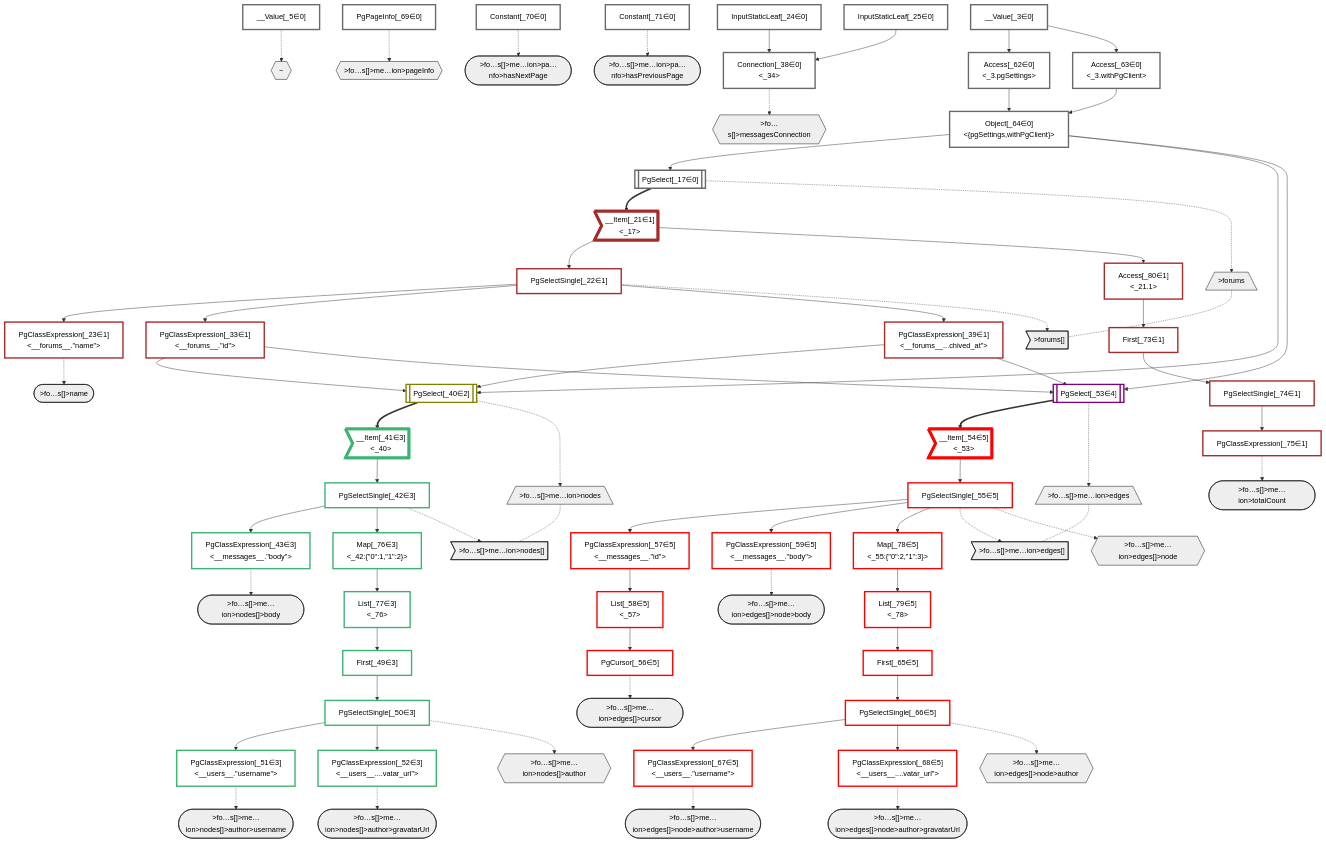
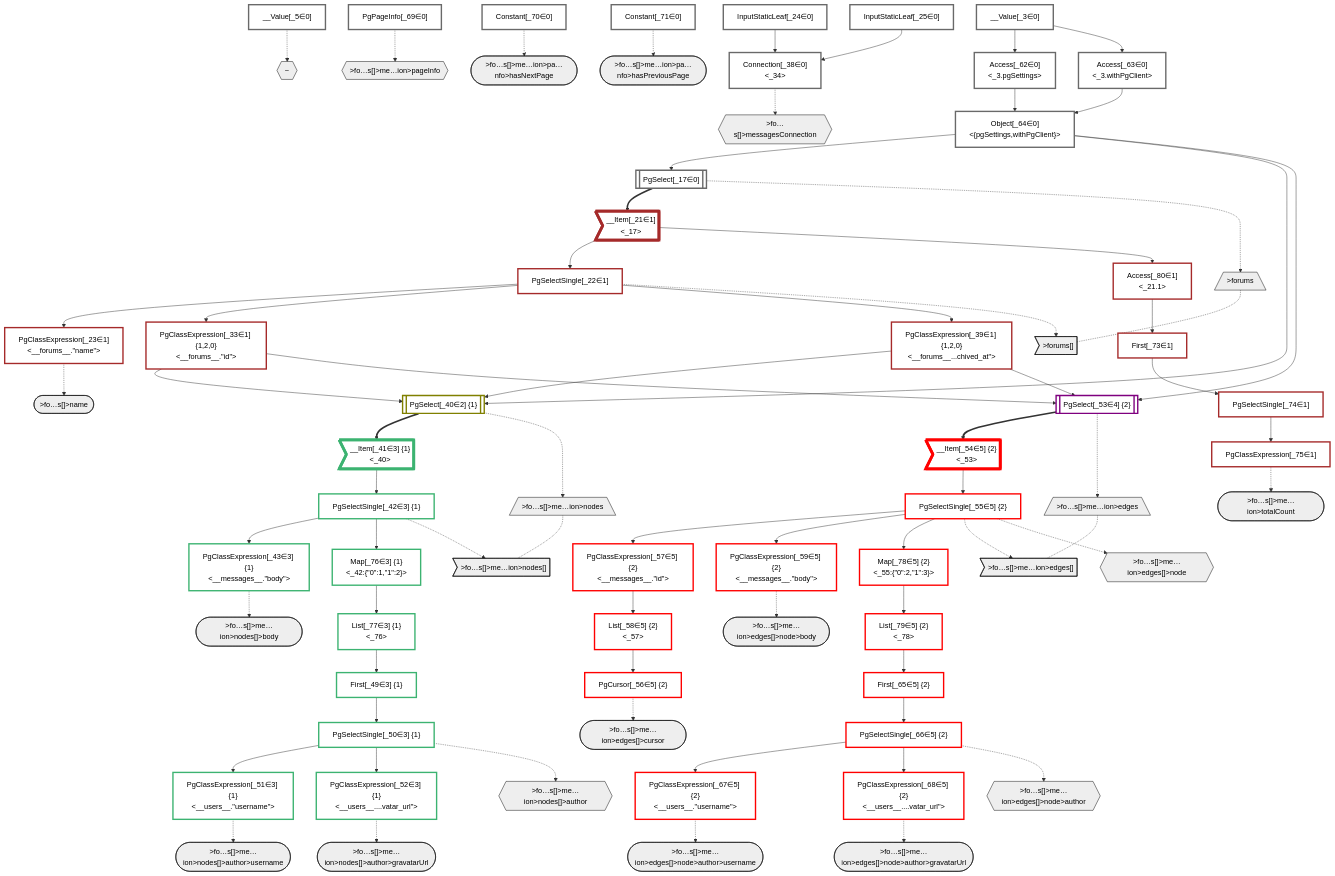
Before and after one commit to graphile/crystal: the diagram in packages/dataplan-pg/__tests__/queries/conditions/archived-forum-inherited-messages.stream-2.mermaid.md, drawn with Mermaid. The commit also changed 46 other files, not shown here.

Commit message:
Add groupIds to plan graphs

```diff
--- a/packages/dataplan-pg/__tests__/queries/conditions/archived-forum-inherited-messages.stream-2.mermaid.md
+++ b/packages/dataplan-pg/__tests__/queries/conditions/archived-forum-inherited-messages.stream-2.mermaid.md
@@ -62,41 +62,41 @@
     PgClassExpression_23["PgClassExpression[_23∈1]<br /><__forums__.#quot;name#quot;>"]:::plan
     InputStaticLeaf_24["InputStaticLeaf[_24∈0]"]:::plan
     InputStaticLeaf_25["InputStaticLeaf[_25∈0]"]:::plan
-    PgClassExpression_33["PgClassExpression[_33∈1]<br /><__forums__.#quot;id#quot;>"]:::plan
+    PgClassExpression_33["PgClassExpression[_33∈1] {1,2,0}<br /><__forums__.#quot;id#quot;>"]:::plan
     Connection_38["Connection[_38∈0]<br /><_34>"]:::plan
-    PgClassExpression_39["PgClassExpression[_39∈1]<br /><__forums__...chived_at#quot;>"]:::plan
-    PgSelect_40[["PgSelect[_40∈2]<br /><messages>"]]:::plan
-    __Item_41>"__Item[_41∈3]<br /><_40>"]:::itemplan
-    PgSelectSingle_42["PgSelectSingle[_42∈3]<br /><messages>"]:::plan
-    PgClassExpression_43["PgClassExpression[_43∈3]<br /><__messages__.#quot;body#quot;>"]:::plan
-    First_49["First[_49∈3]"]:::plan
-    PgSelectSingle_50["PgSelectSingle[_50∈3]<br /><users>"]:::plan
-    PgClassExpression_51["PgClassExpression[_51∈3]<br /><__users__.#quot;username#quot;>"]:::plan
-    PgClassExpression_52["PgClassExpression[_52∈3]<br /><__users__....vatar_url#quot;>"]:::plan
-    PgSelect_53[["PgSelect[_53∈4]<br /><messages>"]]:::plan
-    __Item_54>"__Item[_54∈5]<br /><_53>"]:::itemplan
-    PgSelectSingle_55["PgSelectSingle[_55∈5]<br /><messages>"]:::plan
-    PgCursor_56["PgCursor[_56∈5]"]:::plan
-    PgClassExpression_57["PgClassExpression[_57∈5]<br /><__messages__.#quot;id#quot;>"]:::plan
-    List_58["List[_58∈5]<br /><_57>"]:::plan
-    PgClassExpression_59["PgClassExpression[_59∈5]<br /><__messages__.#quot;body#quot;>"]:::plan
+    PgClassExpression_39["PgClassExpression[_39∈1] {1,2,0}<br /><__forums__...chived_at#quot;>"]:::plan
+    PgSelect_40[["PgSelect[_40∈2] {1}<br /><messages>"]]:::plan
+    __Item_41>"__Item[_41∈3] {1}<br /><_40>"]:::itemplan
+    PgSelectSingle_42["PgSelectSingle[_42∈3] {1}<br /><messages>"]:::plan
+    PgClassExpression_43["PgClassExpression[_43∈3] {1}<br /><__messages__.#quot;body#quot;>"]:::plan
+    First_49["First[_49∈3] {1}"]:::plan
+    PgSelectSingle_50["PgSelectSingle[_50∈3] {1}<br /><users>"]:::plan
+    PgClassExpression_51["PgClassExpression[_51∈3] {1}<br /><__users__.#quot;username#quot;>"]:::plan
+    PgClassExpression_52["PgClassExpression[_52∈3] {1}<br /><__users__....vatar_url#quot;>"]:::plan
+    PgSelect_53[["PgSelect[_53∈4] {2}<br /><messages>"]]:::plan
+    __Item_54>"__Item[_54∈5] {2}<br /><_53>"]:::itemplan
+    PgSelectSingle_55["PgSelectSingle[_55∈5] {2}<br /><messages>"]:::plan
+    PgCursor_56["PgCursor[_56∈5] {2}"]:::plan
+    PgClassExpression_57["PgClassExpression[_57∈5] {2}<br /><__messages__.#quot;id#quot;>"]:::plan
+    List_58["List[_58∈5] {2}<br /><_57>"]:::plan
+    PgClassExpression_59["PgClassExpression[_59∈5] {2}<br /><__messages__.#quot;body#quot;>"]:::plan
     Access_62["Access[_62∈0]<br /><_3.pgSettings>"]:::plan
     Access_63["Access[_63∈0]<br /><_3.withPgClient>"]:::plan
     Object_64["Object[_64∈0]<br /><{pgSettings,withPgClient}>"]:::plan
-    First_65["First[_65∈5]"]:::plan
-    PgSelectSingle_66["PgSelectSingle[_66∈5]<br /><users>"]:::plan
-    PgClassExpression_67["PgClassExpression[_67∈5]<br /><__users__.#quot;username#quot;>"]:::plan
-    PgClassExpression_68["PgClassExpression[_68∈5]<br /><__users__....vatar_url#quot;>"]:::plan
+    First_65["First[_65∈5] {2}"]:::plan
+    PgSelectSingle_66["PgSelectSingle[_66∈5] {2}<br /><users>"]:::plan
+    PgClassExpression_67["PgClassExpression[_67∈5] {2}<br /><__users__.#quot;username#quot;>"]:::plan
+    PgClassExpression_68["PgClassExpression[_68∈5] {2}<br /><__users__....vatar_url#quot;>"]:::plan
     PgPageInfo_69["PgPageInfo[_69∈0]"]:::plan
     Constant_70["Constant[_70∈0]"]:::plan
     Constant_71["Constant[_71∈0]"]:::plan
     First_73["First[_73∈1]"]:::plan
     PgSelectSingle_74["PgSelectSingle[_74∈1]<br /><messages>"]:::plan
     PgClassExpression_75["PgClassExpression[_75∈1]<br /><count(*)>"]:::plan
-    Map_76["Map[_76∈3]<br /><_42:{#quot;0#quot;:1,#quot;1#quot;:2}>"]:::plan
-    List_77["List[_77∈3]<br /><_76>"]:::plan
-    Map_78["Map[_78∈5]<br /><_55:{#quot;0#quot;:2,#quot;1#quot;:3}>"]:::plan
-    List_79["List[_79∈5]<br /><_78>"]:::plan
+    Map_76["Map[_76∈3] {1}<br /><_42:{#quot;0#quot;:1,#quot;1#quot;:2}>"]:::plan
+    List_77["List[_77∈3] {1}<br /><_76>"]:::plan
+    Map_78["Map[_78∈5] {2}<br /><_55:{#quot;0#quot;:2,#quot;1#quot;:3}>"]:::plan
+    List_79["List[_79∈5] {2}<br /><_78>"]:::plan
     Access_80["Access[_80∈1]<br /><_21.1>"]:::plan
 
     %% plan dependencies
```
